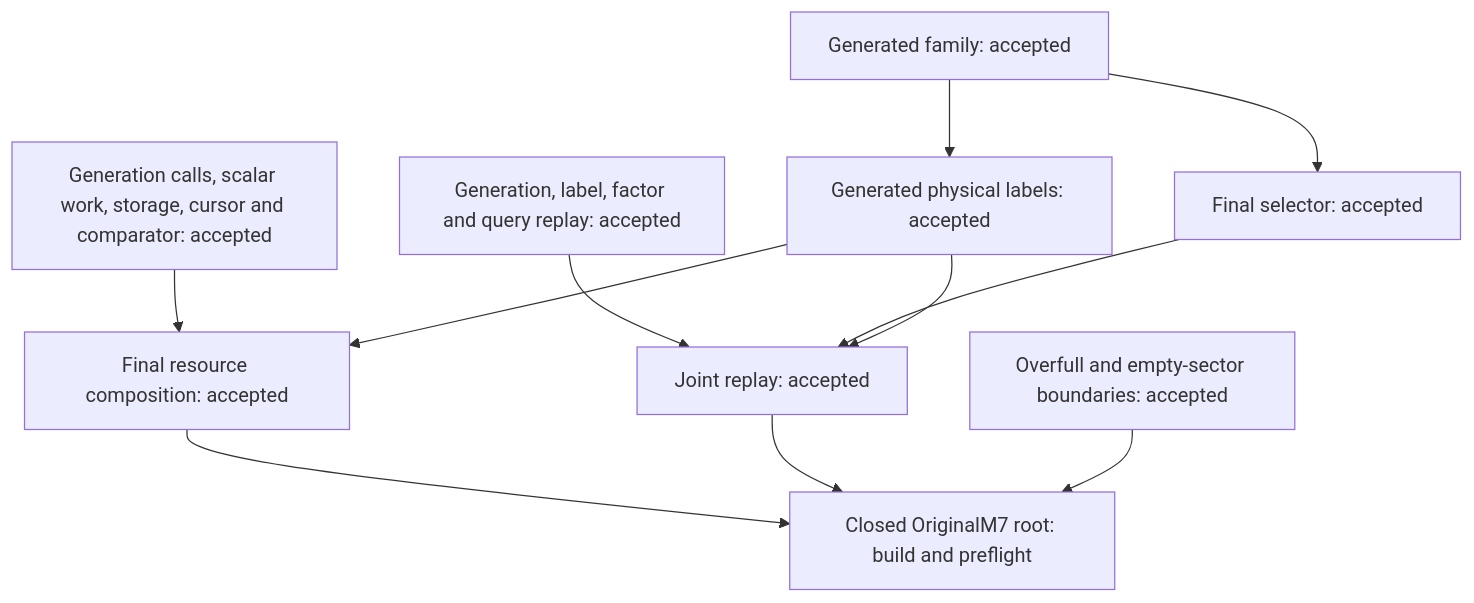
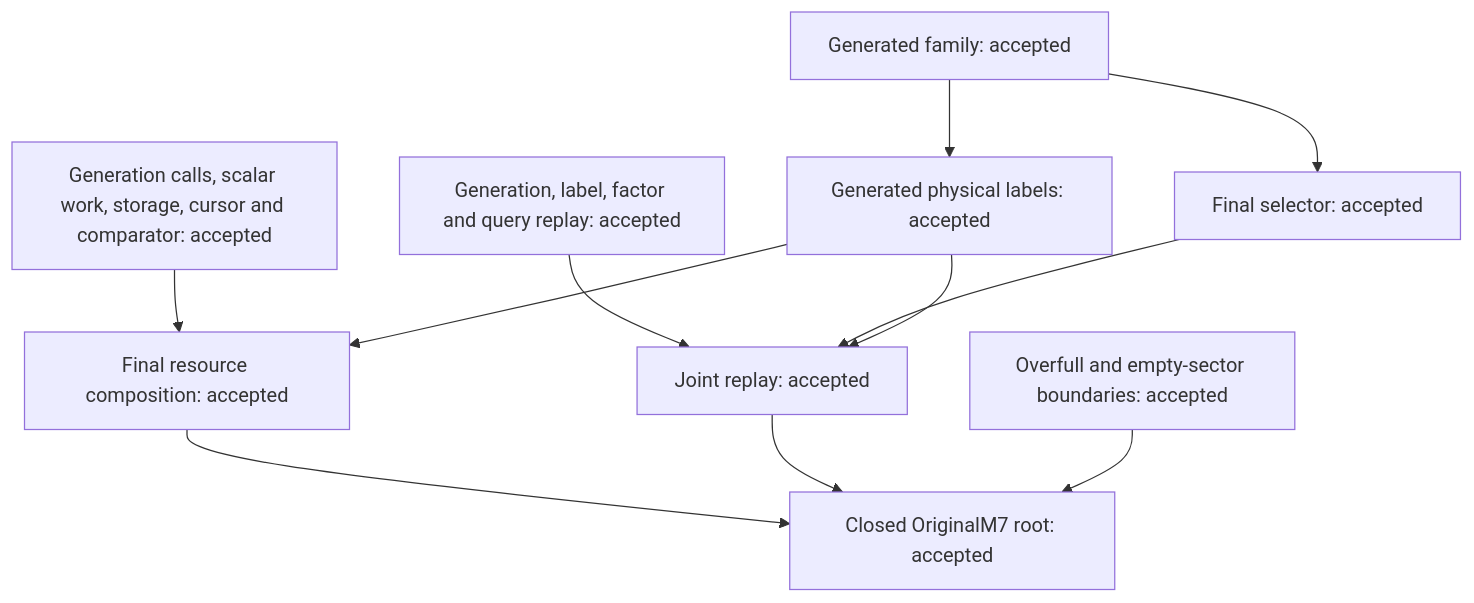
The diagram in pipelines/quantum_formalize/examples/m7/FINAL_INTEGRATION_PLAN.md (humanfia/science-mango), drawn with Mermaid before and after one commit. The commit also changed other lines of this file and 189 other files, not shown here.

Commit message:
Accept complete original M7 Lean root with 97 exact clauses

````diff
--- a/pipelines/quantum_formalize/examples/m7/FINAL_INTEGRATION_PLAN.md
+++ b/pipelines/quantum_formalize/examples/m7/FINAL_INTEGRATION_PLAN.md
@@ -23,13 +23,13 @@
 ```mermaid
 flowchart TD
   GF[Generated family: accepted] --> FS[Final selector: accepted]
   GF --> GL[Generated physical labels: accepted]
   RC[Generation calls, scalar work, storage, cursor and comparator: accepted] --> FR[Final resource composition: accepted]
   GL --> FR
   RP[Generation, label, factor and query replay: accepted] --> JR[Joint replay: accepted]
   FS --> JR
   GL --> JR
-  FR --> ROOT[Closed OriginalM7 root: build and preflight]
+  FR --> ROOT[Closed OriginalM7 root: accepted]
   JR --> ROOT
   OB[Overfull and empty-sector boundaries: accepted] --> ROOT
 ```
````
